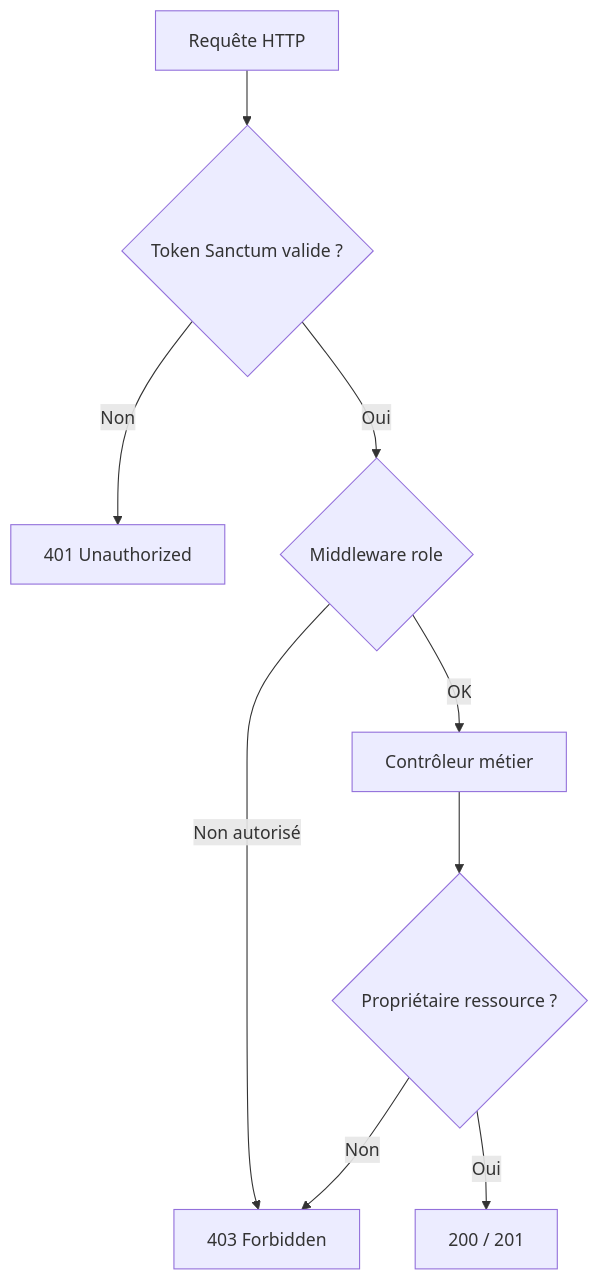
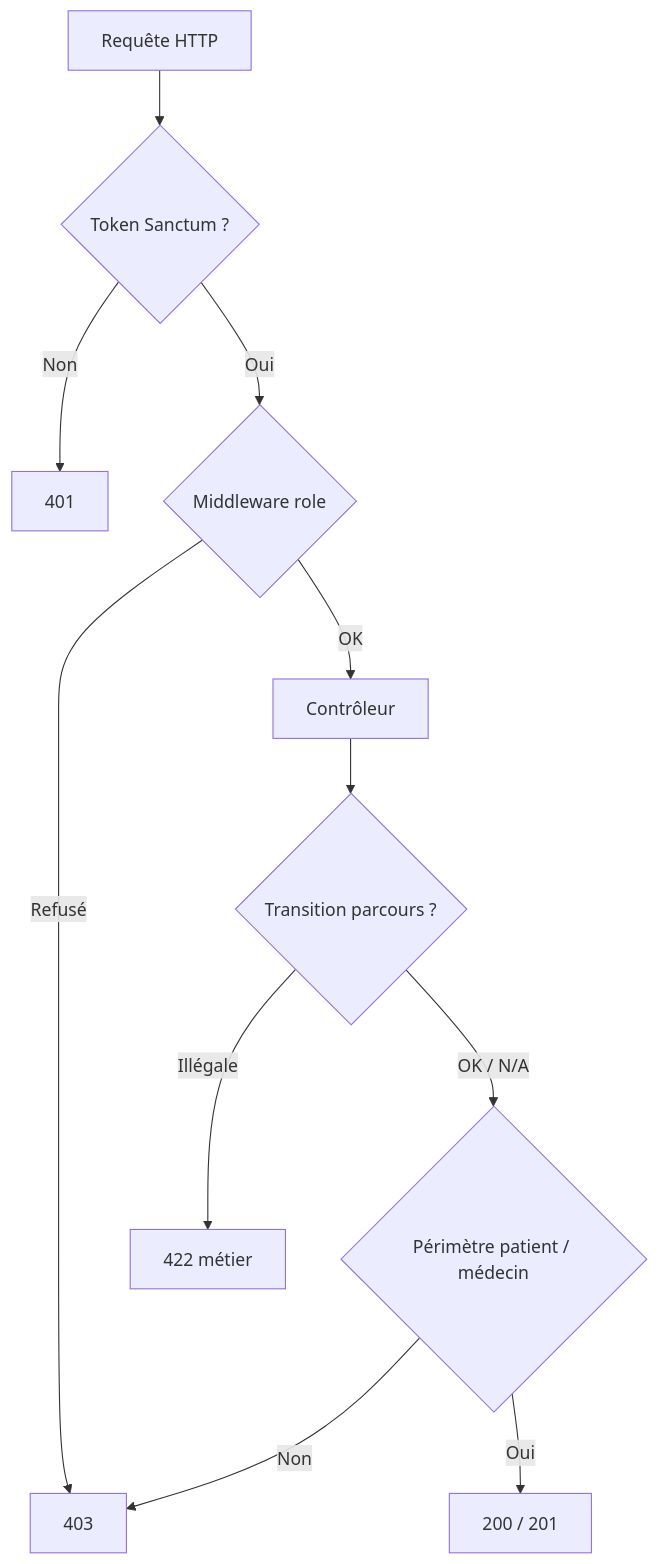
The ninth of 9 diagrams in docs/CHAPITRE_3_ANALYSE_CONCEPTION.md (Exauce09/TFC-ENGWELE), drawn with Mermaid before and after one commit. The commit also changed other lines of this file and 87 other files, not shown here.

````diff
--- a/docs/CHAPITRE_3_ANALYSE_CONCEPTION.md
+++ b/docs/CHAPITRE_3_ANALYSE_CONCEPTION.md
@@ -350,11 +443,13 @@
 ```mermaid
 flowchart TD
-    REQ[Requête HTTP] --> AUTH{Token Sanctum valide ?}
-    AUTH -->|Non| E401[401 Unauthorized]
-    AUTH -->|Oui| ROLE{Middleware role}
-    ROLE -->|Non autorisé| E403[403 Forbidden]
-    ROLE -->|OK| CTRL[Contrôleur métier]
-    CTRL --> OWN{Propriétaire ressource ?}
-    OWN -->|Non| E403
-    OWN -->|Oui| OK[200 / 201]
+  REQ[Requête HTTP] --> AUTH{Token Sanctum ?}
+  AUTH -->|Non| E401[401]
+  AUTH -->|Oui| ROLE{Middleware role}
+  ROLE -->|Refusé| E403[403]
+  ROLE -->|OK| CTRL[Contrôleur]
+  CTRL --> SM{Transition parcours ?}
+  SM -->|Illégale| E422[422 métier]
+  SM -->|OK / N/A| OWN{Périmètre patient / médecin}
+  OWN -->|Non| E403
+  OWN -->|Oui| OK[200 / 201]
 ```
````
